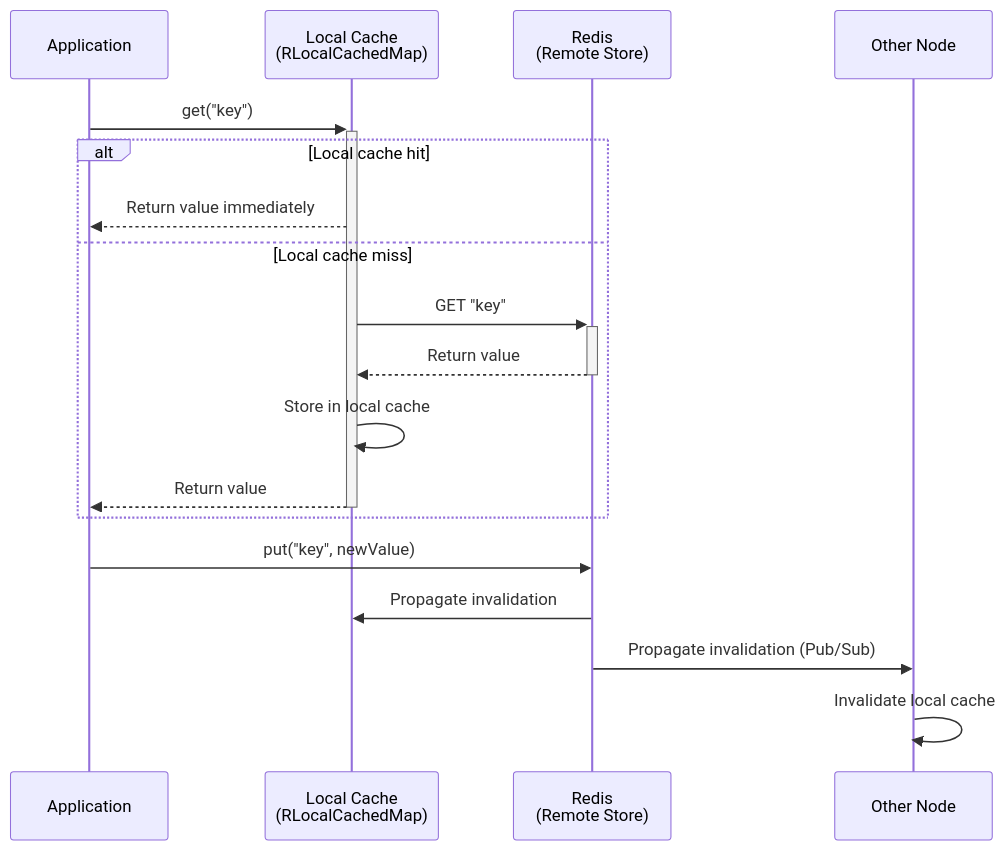
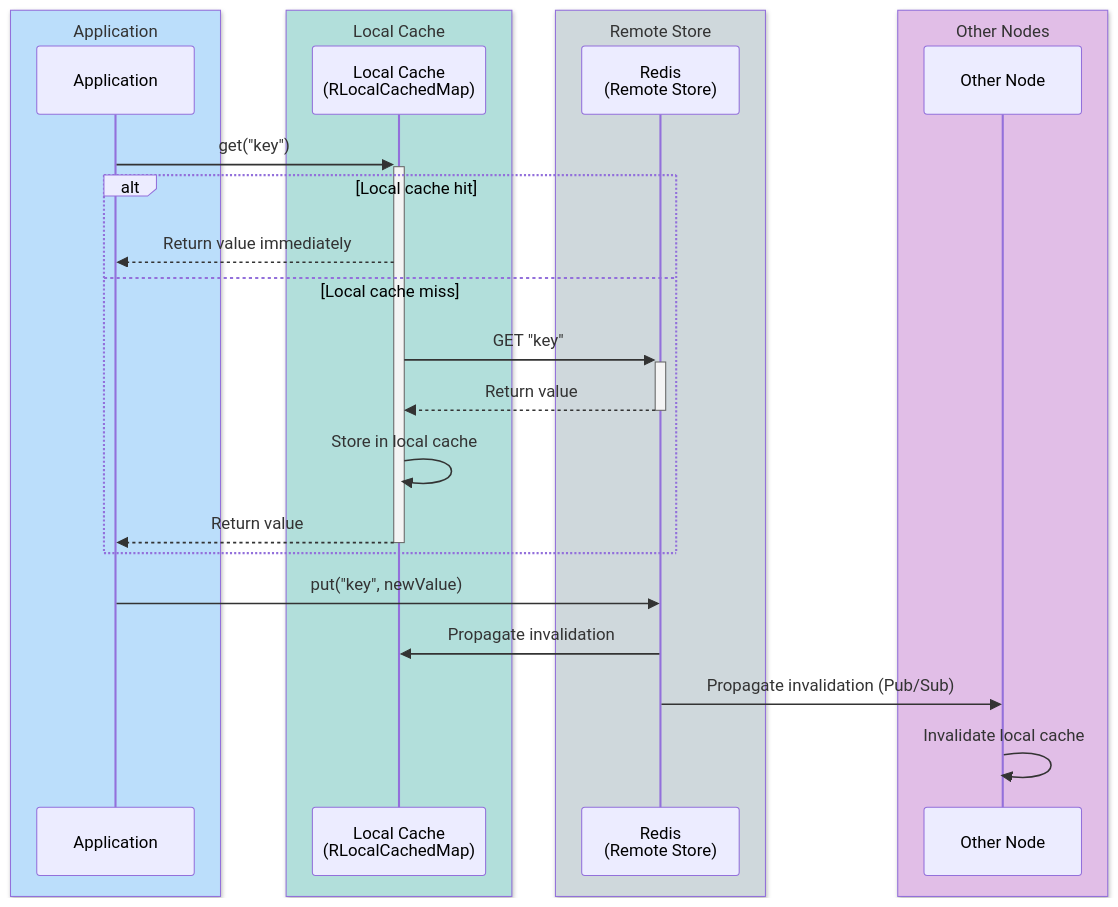
One commit to bluetape4k/bluetape4k-projects changed the third of 4 diagrams in infra/redisson/README.md. Above: the diagram before and after it, drawn with Mermaid. The commit also changed other lines of this file and 221 other files, not shown here.

First line of the commit message:
docs: 전체 모듈 README UML 다이어그램 보강 및 색상 업그레이드

````diff
--- a/infra/redisson/README.md
+++ b/infra/redisson/README.md
@@ -392,22 +406,30 @@
 ```mermaid
 sequenceDiagram
+    box rgb(187,222,251) Application
     participant App as Application
+    end
+    box rgb(178,223,219) Local Cache
     participant Local as Local Cache<br/>(RLocalCachedMap)
+    end
+    box rgb(207,216,220) Remote Store
     participant Redis as Redis<br/>(Remote Store)
+    end
+    box rgb(225,190,231) Other Nodes
     participant Other as Other Node
+    end
 
     App->>+Local: get("key")
     alt Local cache hit
         Local-->>App: Return value immediately
     else Local cache miss
         Local->>+Redis: GET "key"
         Redis-->>-Local: Return value
         Local->>Local: Store in local cache
         Local-->>-App: Return value
     end
 
     App->>Redis: put("key", newValue)
     Redis->>Local: Propagate invalidation
     Redis->>Other: Propagate invalidation (Pub/Sub)
     Other->>Other: Invalidate local cache
 ```
````
